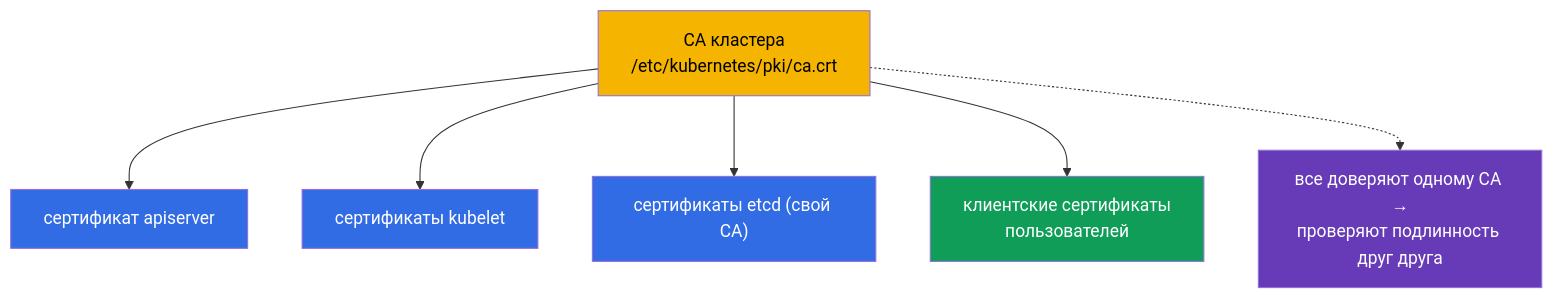
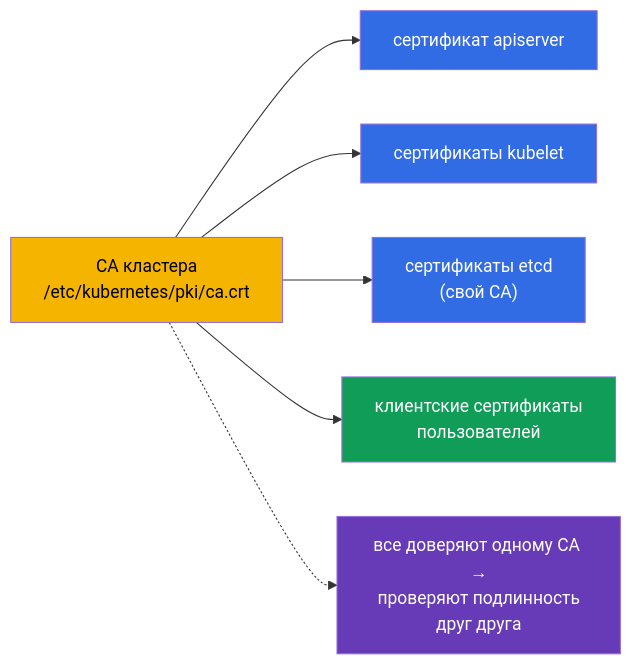
One commit to ViktorUJ/cks changed the first of 7 diagrams in tasks/cka/course/39/ru.md. Above: the diagram before and after it, drawn with Mermaid. The commit also changed other lines of this file and 30 other files, not shown here.

````diff
--- a/tasks/cka/course/39/ru.md
+++ b/tasks/cka/course/39/ru.md
@@ -18,16 +18,16 @@
 ```mermaid
-flowchart TB
+flowchart LR
     ca["CA кластера<br>/etc/kubernetes/pki/ca.crt"]
     ca --> apiserver["сертификат apiserver"]
     ca --> kubelet["сертификаты kubelet"]
-    ca --> etcd["сертификаты etcd (свой CA)"]
+    ca --> etcd["сертификаты etcd<br>(свой CA)"]
     ca --> user["клиентские сертификаты<br>пользователей"]
-    note["все доверяют одному CA →<br>проверяют подлинность друг друга"]
+    note["все доверяют одному CA →<br>проверяют подлинность<br>друг друга"]
     ca -.-> note
     style ca fill:#f4b400,color:#000
     style apiserver fill:#326ce5,color:#fff
     style kubelet fill:#326ce5,color:#fff
     style etcd fill:#326ce5,color:#fff
     style user fill:#0f9d58,color:#fff
     style note fill:#673ab7,color:#fff
 ```
````
